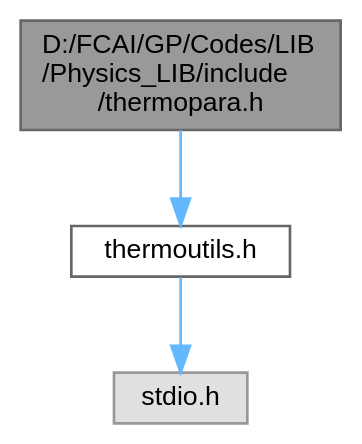
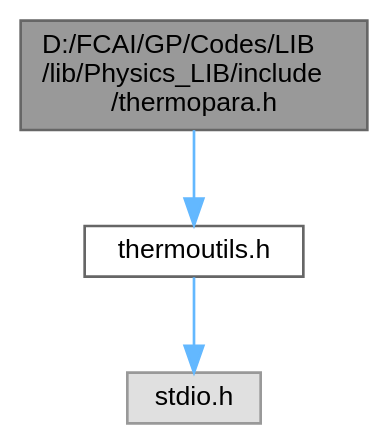
Before and after one commit to Computational-science-based-on-HPC/Computational-science-based-on-HPC.github.i: the diagram in thermopara_8h__incl.dot, drawn with Graphviz. The commit also changed 103 other files, not shown here.

```diff
--- a/thermopara_8h__incl.dot
+++ b/thermopara_8h__incl.dot
@@ -1,12 +1,12 @@
-digraph "D:/FCAI/GP/Codes/LIB/Physics_LIB/include/thermopara.h"
+digraph "D:/FCAI/GP/Codes/LIB/lib/Physics_LIB/include/thermopara.h"
 {
  // LATEX_PDF_SIZE
   bgcolor="transparent";
   edge [fontname=Helvetica,fontsize=10,labelfontname=Helvetica,labelfontsize=10];
   node [fontname=Helvetica,fontsize=10,shape=box,height=0.2,width=0.4];
-  Node1 [id="Node000001",label="D:/FCAI/GP/Codes/LIB\l/Physics_LIB/include\l/thermopara.h",height=0.2,width=0.4,color="gray40", fillcolor="grey60", style="filled", fontcolor="black",tooltip="This file contains the implementation of the parallel version of the heat transfer simulation in 1D a..."];
+  Node1 [id="Node000001",label="D:/FCAI/GP/Codes/LIB\l/lib/Physics_LIB/include\l/thermopara.h",height=0.2,width=0.4,color="gray40", fillcolor="grey60", style="filled", fontcolor="black",tooltip="This file contains the implementation of the parallel version of the heat transfer simulation in 1D a..."];
   Node1 -> Node2 [id="edge1_Node000001_Node000002",color="steelblue1",style="solid",tooltip=" "];
-  Node2 [id="Node000002",label="thermoutils.h",height=0.2,width=0.4,color="grey40", fillcolor="white", style="filled",URL="$thermoutils_8h.html",tooltip=" "];
+  Node2 [id="Node000002",label="thermoutils.h",height=0.2,width=0.4,color="grey40", fillcolor="white", style="filled",URL="$thermoutils_8h.html",tooltip="This file contains the utility functions used by the heat transfer simulation in 1D and 2D to help in..."];
   Node2 -> Node3 [id="edge2_Node000002_Node000003",color="steelblue1",style="solid",tooltip=" "];
   Node3 [id="Node000003",label="stdio.h",height=0.2,width=0.4,color="grey60", fillcolor="#E0E0E0", style="filled",tooltip=" "];
 }
```
